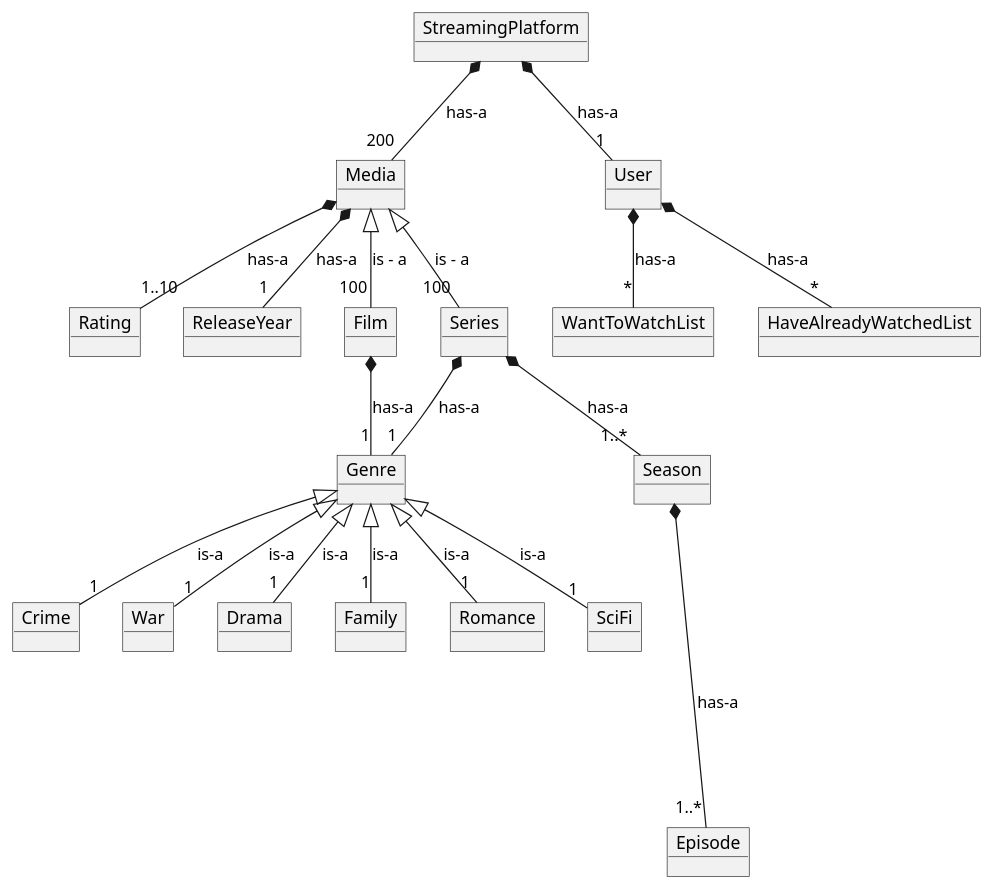
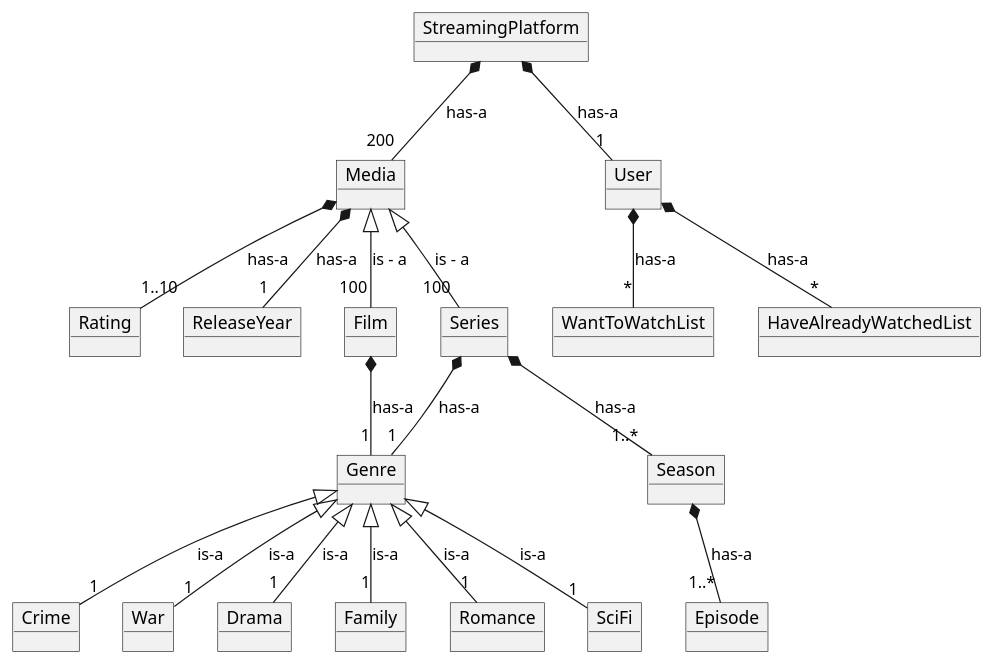
Before and after one commit to JonasChristoffersen/SP3: the diagram in doc/static/domainModelV1.puml, drawn with PlantUML. The commit also changed 3 other files, not shown here.

Commit message:
Updated Multiple diagrams

```diff
--- a/doc/static/domainModelV1.puml
+++ b/doc/static/domainModelV1.puml
@@ -1,120 +1,120 @@
 @startuml
 'Makes image a bit smaller:
 /'!pragma layout smetana'/
 
 'All entities
 object StreamingPlatform
 
 
 object Media
 
 object Rating
 object ReleaseYear
 
 object Film
 
 object Series
 object Season
 object Episode
 
 object Genre
 object Crime
 object War
 object Drama
 object Family
 object Romance
 object SciFi
 
 object User
 object WantToWatchList
 object HaveAlreadyWatchedList
 
 StreamingPlatform *-- "200" Media : has-a
 StreamingPlatform *-- "1" User : has-a
 
 User *-- "*" WantToWatchList : has-a
 User *-- "*" HaveAlreadyWatchedList : has-a
 
 Media <|-- "100" Film : is - a
 Media *-- "1..10" Rating : has-a
 Media *-- "1" ReleaseYear : has-a
 
 Media <|-- "100" Series : is - a
 Series *-- "1..*" Season : has-a
-Season *---- "1..*" Episode : has-a
+Season *-- "1..*" Episode : has-a
 
 Film *-- "1" Genre : has-a
 Series *-- "1" Genre : has-a
 
 Genre <|-- "1" Crime : is-a
 Genre <|-- "1" War : is-a
 Genre <|-- "1" Drama : is-a
 Genre <|-- "1" Family : is-a
 Genre <|-- "1" Romance : is-a
 Genre <|-- "1" SciFi : is-a
 
 
 
 
 
 
 
 
 
 
 
 
 
 /'DomainModel from monopoly project:
 object Game
 object Player
 object Dice
 object CardDeck
 object Card
 object Board
 object Field
 object Property
 object Prison
 object Visit
 object Tax
 object Parking
 object Start
 object Chance
 object ShippingLine
 object Brewery
 object Building
 object Deed
 object Bank
 object Business
 object Plot
 
 Game *-- Board
 Game *-- "2..6" Player
 
 Game *-- Dice
 Board *-- "40" Field : has-a
 
 Plot *-- Building: has-a
 Property "1" *-- "1" Deed: has-a
 Player *-- "0..29" Deed
 Business <|-- "4" ShippingLine
 Business <|--  "2" Brewery : is - a
 
 Field <|--  "29" Property : is - a
 Field <|-- Start : is - a
 Field <|-- Chance
 Field <|-- Parking
 Field <|-- Tax
 Field <|-- Prison
 Field <|-- Visit
 
 
 CardDeck --* Chance
 Property <|-- Business
 Property <|-- "23" Plot: is - a
 
 Player *-- "0..10" Card
 CardDeck "1" *-- "100"  Card
 Game *-- Bank'/
 
 @enduml
```
